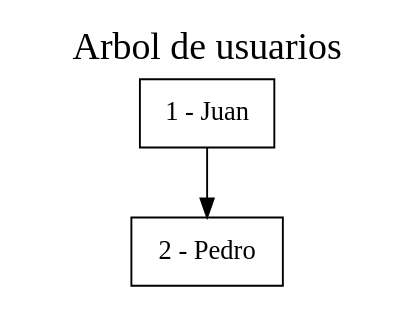
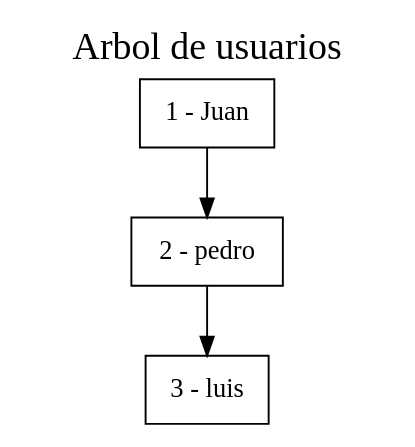
The diagram in EDD_Proyecto1/EDD_Proyecto1/ArbolBinarioBusqueda.dot (elJuanjoRamos/EDD_1S2020_PY1_201801262), drawn with Graphviz before and after one commit. The commit also changed 2 other files, not shown here.

```diff
--- a/EDD_Proyecto1/EDD_Proyecto1/ArbolBinarioBusqueda.dot
+++ b/EDD_Proyecto1/EDD_Proyecto1/ArbolBinarioBusqueda.dot
@@ -1,7 +1,9 @@
 digraph grafica{
 rankdir=TB;graph[label="Arbol de usuarios", labelloc=t, fontsize=20]
 node [shape = record, style=filled, fillcolor=white];
 nodo1[ label ="1 - Juan"];
-nodo2 [ label ="2 - Pedro"];
+nodo2[ label ="2 - pedro"];
+nodo3 [ label ="3 - luis"];
+nodo2->nodo3
 nodo1->nodo2
 }
```
